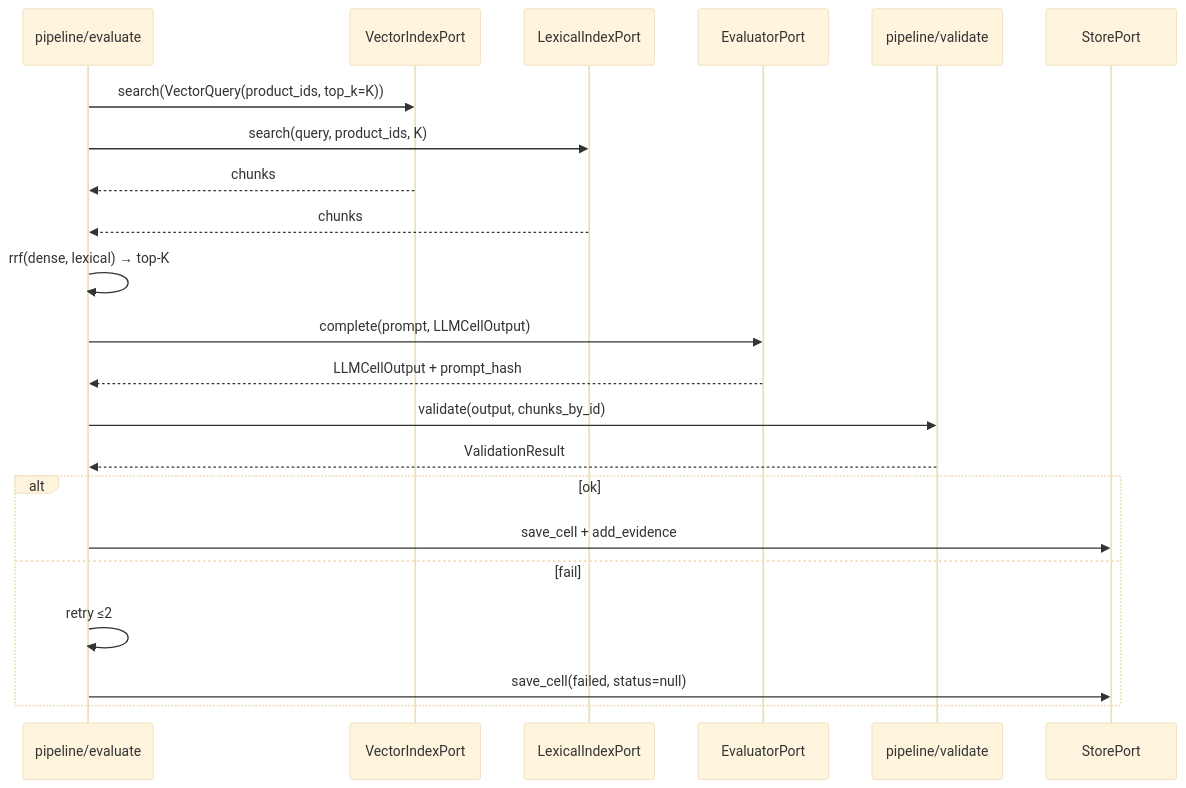
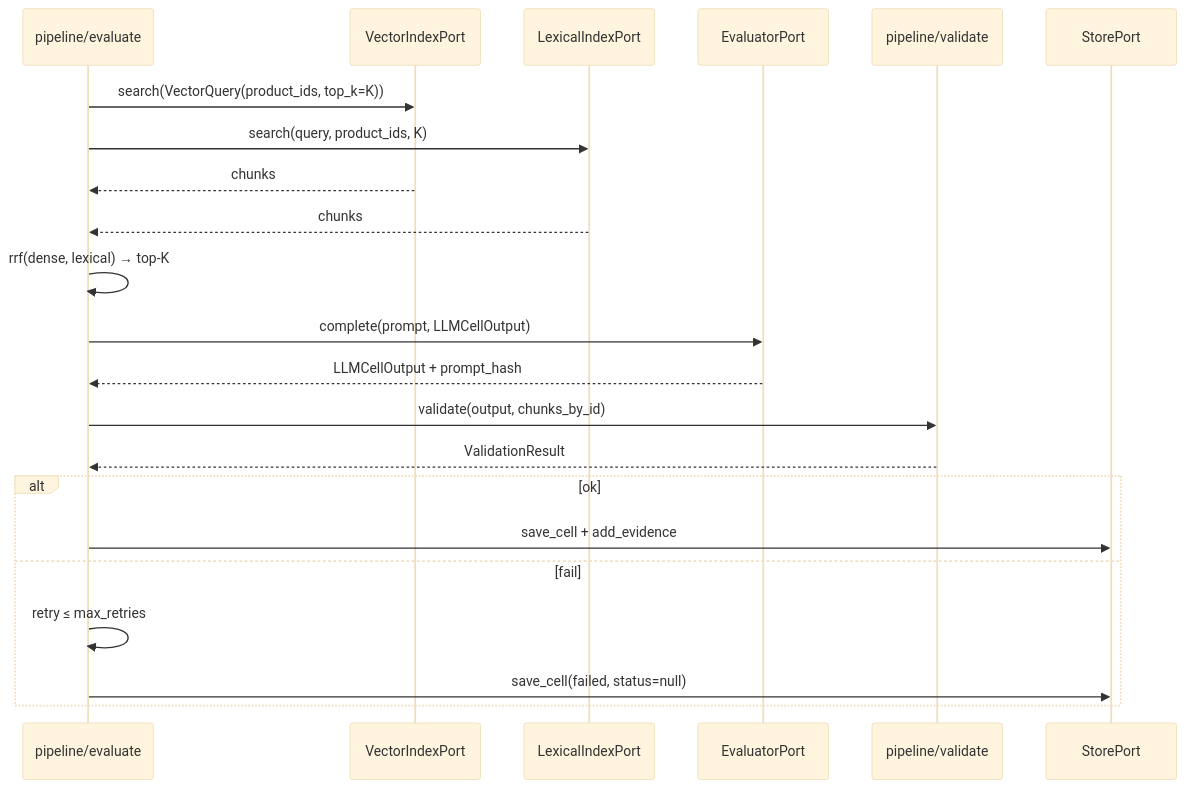
The first of 2 diagrams in docs/architecture/02-subsystems.md (drbye78/cohound), drawn with Mermaid (base theme) before and after one commit. The commit also changed other lines of this file and 6 other files, not shown here.

First line of the commit message:
spec: «retry ≤2» → «retry ≤ max_retries (объявленная ось, дефолт 2)»

````diff
--- a/docs/architecture/02-subsystems.md
+++ b/docs/architecture/02-subsystems.md
@@ -877,24 +877,24 @@
 ```mermaid
 sequenceDiagram
     participant P as pipeline/evaluate
     participant V as VectorIndexPort
     participant L as LexicalIndexPort
     participant E as EvaluatorPort
     participant Vd as pipeline/validate
     participant S as StorePort
     P->>V: search(VectorQuery(product_ids, top_k=K))
     P->>L: search(query, product_ids, K)
     V-->>P: chunks
     L-->>P: chunks
     P->>P: rrf(dense, lexical) → top-K
     P->>E: complete(prompt, LLMCellOutput)
     E-->>P: LLMCellOutput + prompt_hash
     P->>Vd: validate(output, chunks_by_id)
     Vd-->>P: ValidationResult
     alt ok
         P->>S: save_cell + add_evidence
     else fail
-        P->>P: retry ≤2
+        P->>P: retry ≤ max_retries
         P->>S: save_cell(failed, status=null)  # I4
     end
 ```
````
